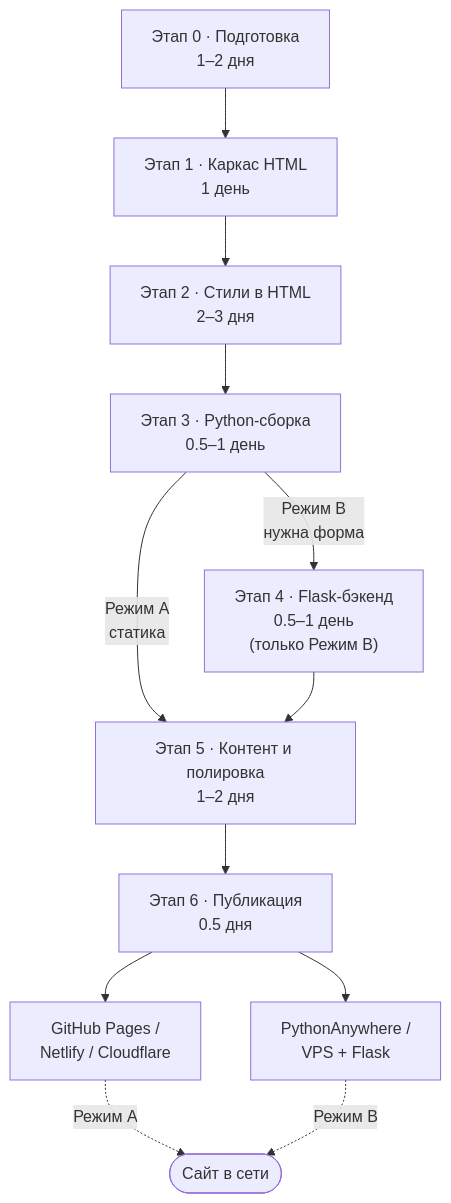
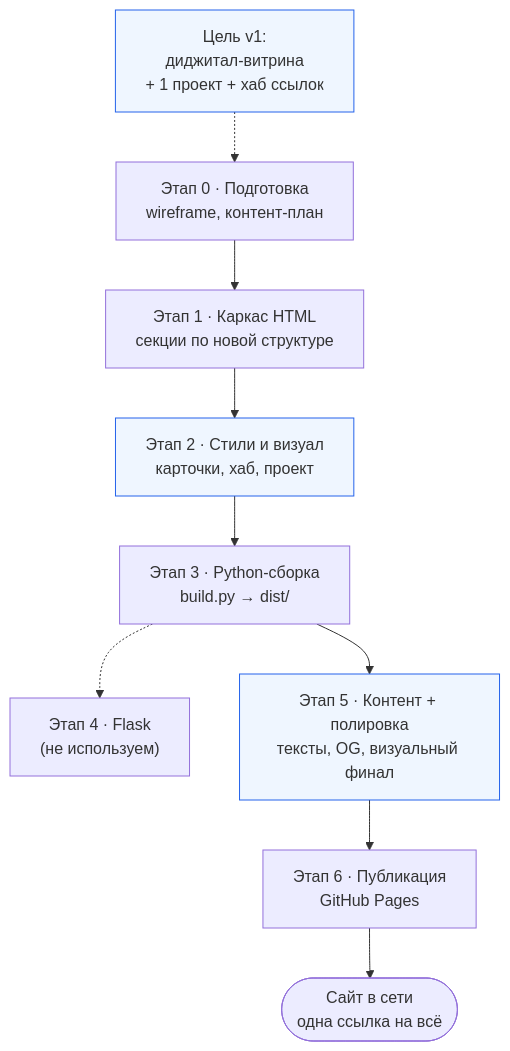
One commit to voinoire/VOINOIRE_WEB changed the diagram in план-цифровой-профиль.md. Above: the diagram before and after it, drawn with Mermaid. The commit also changed other lines of this file and 24 other files, not shown here.

First line of the commit message:
Add GitHub Pages deploy workflow and site build pipeline.

````diff
--- a/план-цифровой-профиль.md
+++ b/план-цифровой-профиль.md
@@ -189,21 +211,23 @@
 ```mermaid
 flowchart TD
-    E0["Этап 0 · Подготовка<br/>1–2 дня"]
-    E1["Этап 1 · Каркас HTML<br/>1 день"]
-    E2["Этап 2 · Стили в HTML<br/>2–3 дня"]
-    E3["Этап 3 · Python-сборка<br/>0.5–1 день"]
-    E4["Этап 4 · Flask-бэкенд<br/>0.5–1 день<br/>(только Режим B)"]
-    E5["Этап 5 · Контент и полировка<br/>1–2 дня"]
-    E6["Этап 6 · Публикация<br/>0.5 дня"]
+    E0["Этап 0 · Подготовка<br/>wireframe, контент-план"]
+    E1["Этап 1 · Каркас HTML<br/>секции по новой структуре"]
+    E2["Этап 2 · Стили и визуал<br/>карточки, хаб, проект"]
+    E3["Этап 3 · Python-сборка<br/>build.py → dist/"]
+    E4["Этап 4 · Flask<br/>(не используем)"]
+    E5["Этап 5 · Контент + полировка<br/>тексты, OG, визуальный финал"]
+    E6["Этап 6 · Публикация<br/>GitHub Pages"]
 
+    GOAL["Цель v1:<br/>диджитал-витрина<br/>+ 1 проект + хаб ссылок"]
+
+    GOAL -.-> E0
     E0 --> E1 --> E2 --> E3
-    E3 -->|"Режим A<br/>статика"| E5
-    E3 -->|"Режим B<br/>нужна форма"| E4 --> E5
+    E3 --> E5
+    E3 -.-> E4
     E5 --> E6
+    E6 --> LIVE(["Сайт в сети<br/>одна ссылка на всё"])
 
-    E6 --> OUT_A["GitHub Pages /<br/>Netlify / Cloudflare"]
-    E6 --> OUT_B["PythonAnywhere /<br/>VPS + Flask"]
-
-    OUT_A -.->|"Режим A"| LIVE(["Сайт в сети"])
-    OUT_B -.->|"Режим B"| LIVE
+    style GOAL fill:#eff6ff,stroke:#2563eb
+    style E2 fill:#eff6ff,stroke:#2563eb
+    style E5 fill:#eff6ff,stroke:#2563eb
 ```
````
